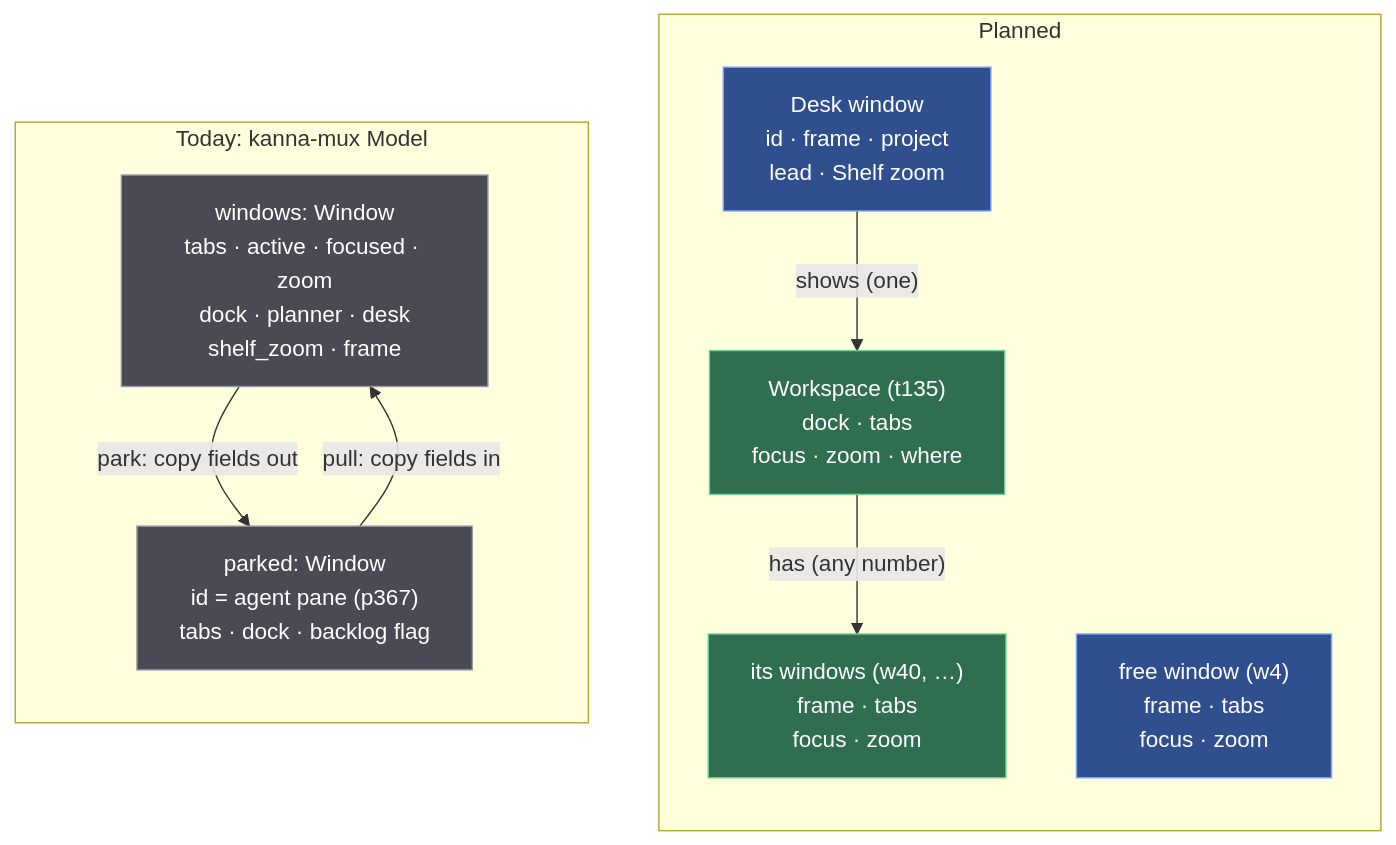
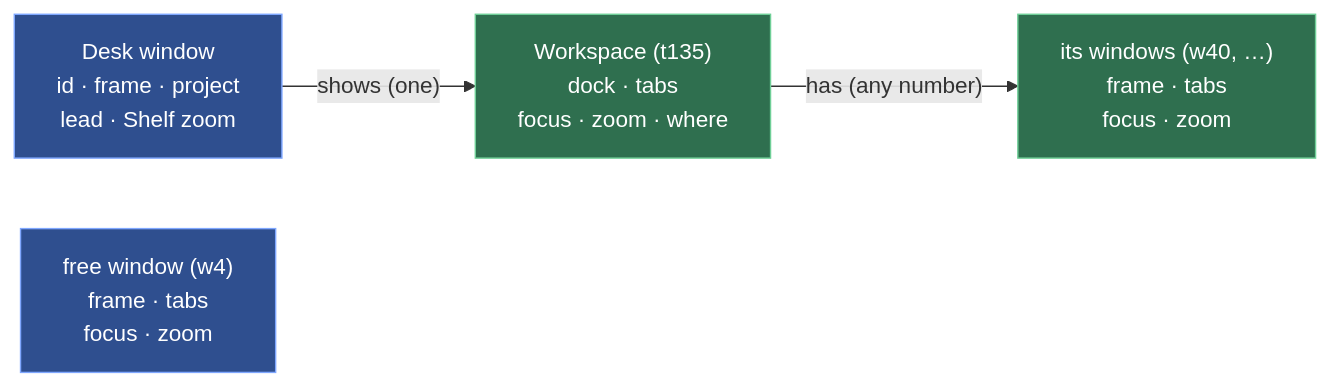
One commit to jemdiggity/kanna-v4 changed the first of 3 diagrams in docs/specs/workspaces.md. Above: the diagram before and after it, drawn with Mermaid. The commit also changed other lines of this file, not shown here.

Commit message:
Workspaces spec: only what's being built (no before); kanna window assign W TASK and kanna window free W, with Assign Window to Task and Free Window in the Window menu; off the Desk a whole workspace is hidden, its windows included; questions settled as decisions

````diff
--- a/docs/specs/workspaces.md
+++ b/docs/specs/workspaces.md
@@ -23,24 +21,13 @@
 ```mermaid
 flowchart LR
-    subgraph BEFORE["Today: kanna-mux Model"]
-        BW["windows: Window<br/>tabs · active · focused · zoom<br/>dock · planner · desk<br/>shelf_zoom · frame"]
-        BP["parked: Window<br/>id = agent pane (p367)<br/>tabs · dock · backlog flag"]
-        BW -->|"park: copy fields out"| BP
-        BP -->|"pull: copy fields in"| BW
-    end
-    subgraph AFTER["Planned"]
-        DW["Desk window<br/>id · frame · project<br/>lead · Shelf zoom"]
-        WS["Workspace (t135)<br/>dock · tabs<br/>focus · zoom · where"]
-        OW["its windows (w40, …)<br/>frame · tabs<br/>focus · zoom"]
-        FW["free window (w4)<br/>frame · tabs<br/>focus · zoom"]
-        DW -->|"shows (one)"| WS
-        WS -->|"has (any number)"| OW
-    end
-    BEFORE ~~~ AFTER
-    classDef old fill:#4a4a55,stroke:#9a9aa8,color:#ffffff
+    DW["Desk window<br/>id · frame · project<br/>lead · Shelf zoom"]
+    WS["Workspace (t135)<br/>dock · tabs<br/>focus · zoom · where"]
+    OW["its windows (w40, …)<br/>frame · tabs<br/>focus · zoom"]
+    FW["free window (w4)<br/>frame · tabs<br/>focus · zoom"]
+    DW -->|"shows (one)"| WS
+    WS -->|"has (any number)"| OW
     classDef ours fill:#2f6f4f,stroke:#6fcf97,color:#ffffff
     classDef plain fill:#2f4f8f,stroke:#7fa7ff,color:#ffffff
-    class BW,BP old
     class WS,OW ours
     class DW,FW plain
 ```
````
